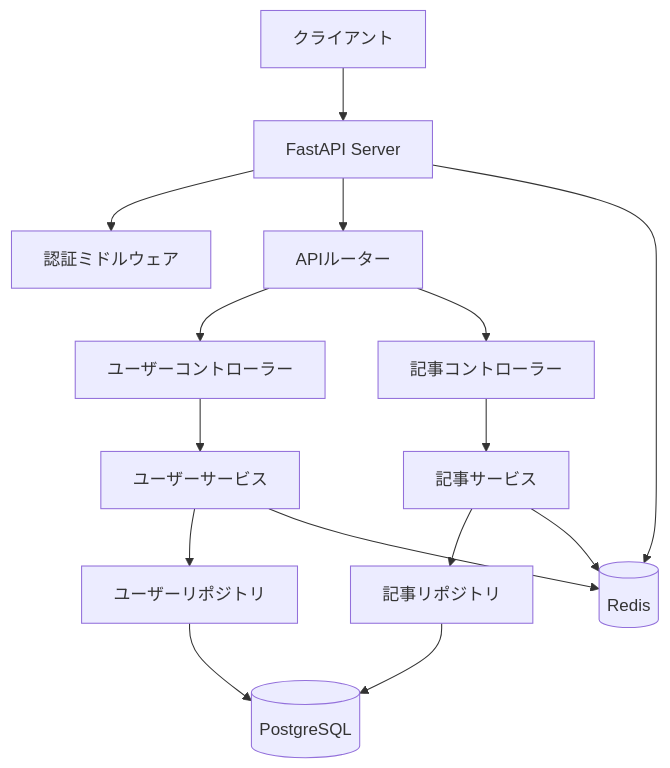
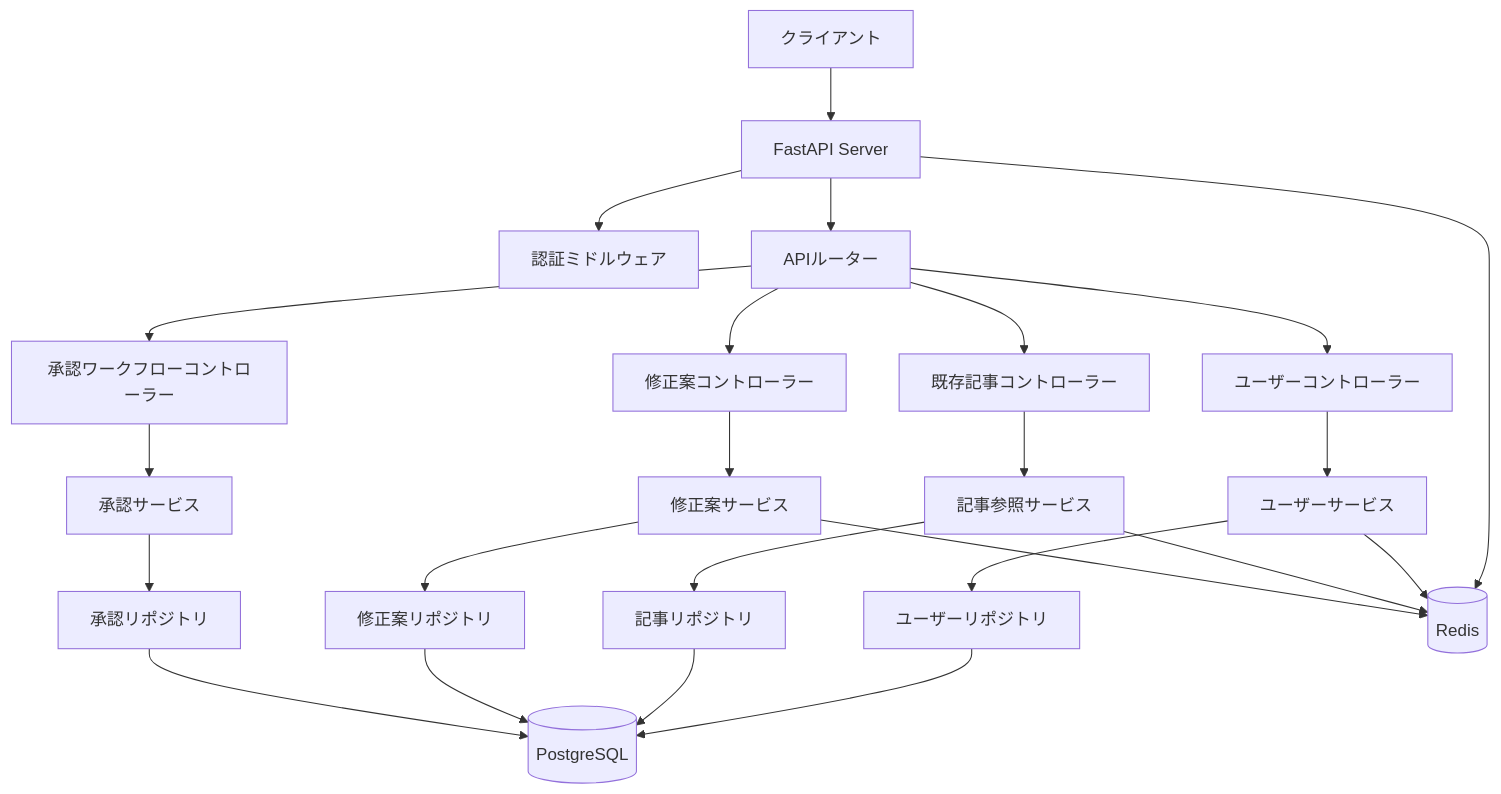
The first of 2 diagrams in .tmp/design.md (ekrsw/claude_code_dev), drawn with Mermaid before and after one commit. The commit also changed other lines of this file, not shown here.

````diff
--- a/.tmp/design.md
+++ b/.tmp/design.md
@@ -7,17 +7,26 @@
 ```mermaid
 graph TB
     Client[クライアント] --> API[FastAPI Server]
     API --> Auth[認証ミドルウェア]
     API --> Router[APIルーター]
     Router --> UserController[ユーザーコントローラー]
-    Router --> ArticleController[記事コントローラー]
+    Router --> ArticleController[既存記事コントローラー]
+    Router --> RevisionController[修正案コントローラー]
+    Router --> ApprovalController[承認ワークフローコントローラー]
     UserController --> UserService[ユーザーサービス]
-    ArticleController --> ArticleService[記事サービス]
+    ArticleController --> ArticleService[記事参照サービス]
+    RevisionController --> RevisionService[修正案サービス]
+    ApprovalController --> ApprovalService[承認サービス]
     UserService --> UserRepo[ユーザーリポジトリ]
     ArticleService --> ArticleRepo[記事リポジトリ]
+    RevisionService --> RevisionRepo[修正案リポジトリ]
+    ApprovalService --> ApprovalRepo[承認リポジトリ]
     UserRepo --> DB[(PostgreSQL)]
     ArticleRepo --> DB
+    RevisionRepo --> DB
+    ApprovalRepo --> DB
     API --> Cache[(Redis)]
     UserService --> Cache
     ArticleService --> Cache
+    RevisionService --> Cache
 ```
````
